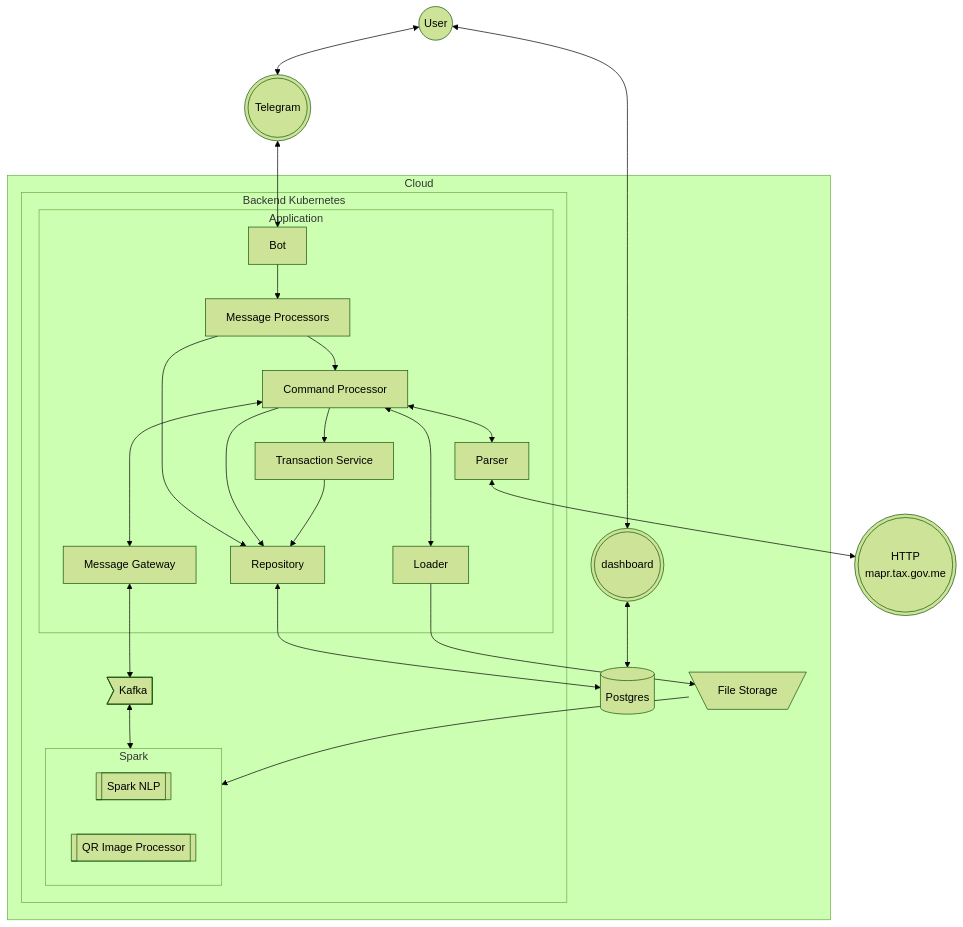
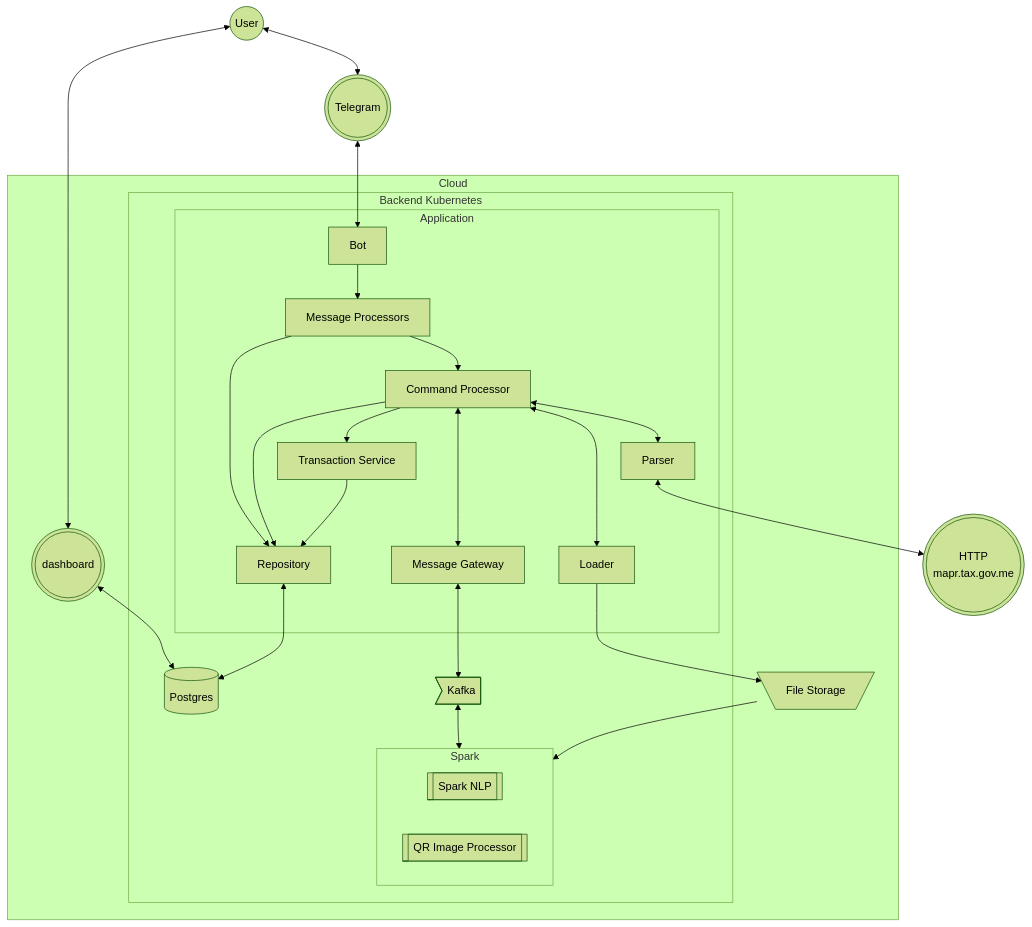
The first of 5 diagrams in README.md (nikolaykochkin/easy-money), drawn with Mermaid (forest theme) before and after one commit.

Commit message:
[FIX] README FIX

````diff
--- a/README.md
+++ b/README.md
@@ -114,49 +114,47 @@
 ```mermaid
 flowchart 
     U((User))
     Tg(((Telegram)))
     U <--> Tg
     Tg <--> Bot
     U <--> D
     subgraph Cloud
-        
         D(((dashboard)))
-        DB[(Postgres)]
-        D <--> DB
         subgraph Backend Kubernetes
+            DB[(Postgres)]
             K>Kafka]
             subgraph Application
                 Bot
                 MG[Message Gateway]
                 MP[Message Processors]
                 CP[Command Processor]
                 TP[Transaction Service]
                 P[Parser]
                 L[Loader]
                 R[Repository]
                 Bot --> MP
                 MP --> CP
                 MP --> R
                 CP <--> L
                 CP --> R
                 CP <---> MG
                 CP --> TP
                 TP --> R
                 CP <--> P
             end
             subgraph Spark
                 direction LR
                 SN[[Spark NLP]]
                 QR[[QR Image Processor]]
             end
             MG <--> K
             K <--> Spark
         end
+        D <--> DB
         L --> S3
         S3 --> Spark
         S3[\ File Storage /]
         R <--> DB
-        
     end
     P <--> Web((( HTTP\nmapr.tax.gov.me )))
 ```
````
